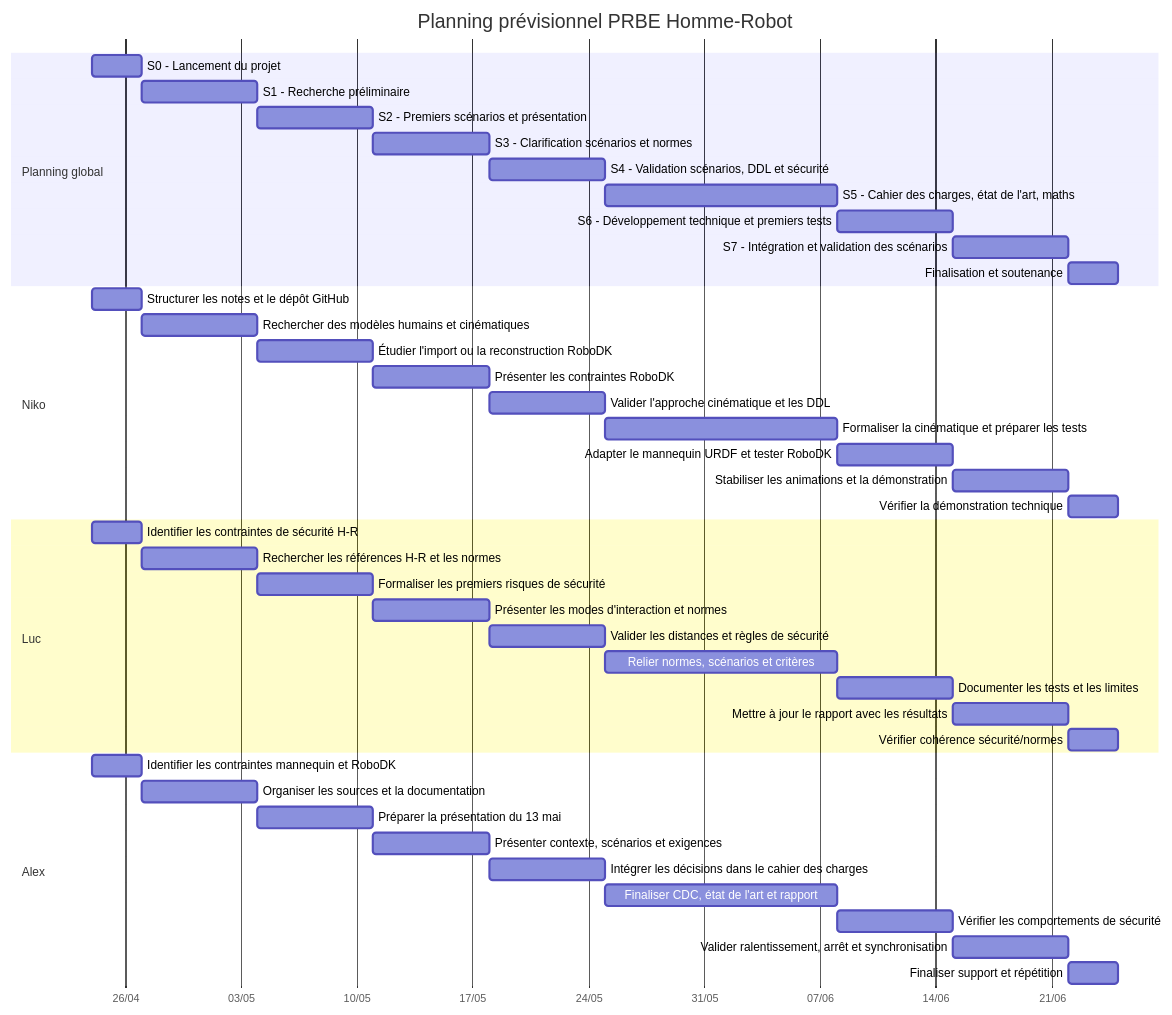
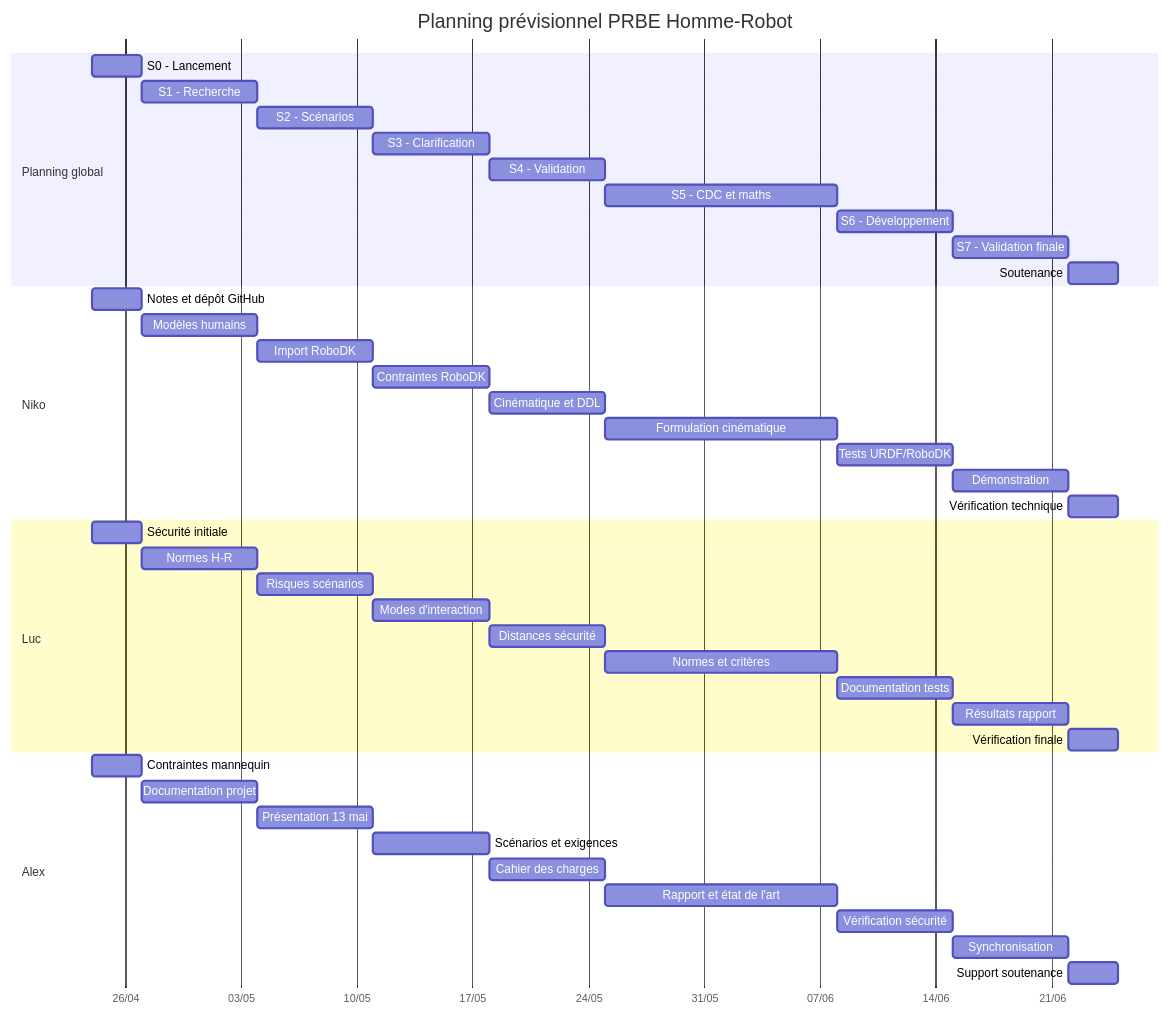
The diagram in docs/cahier-des-charges.md (ProjectInitNiko/PRBE-Homme-Robot), drawn with Mermaid before and after one commit.

Commit message:
Shorten Gantt labels

````diff
--- a/docs/cahier-des-charges.md
+++ b/docs/cahier-des-charges.md
@@ -227,50 +227,50 @@
 ```mermaid
 gantt
     title Planning prévisionnel PRBE Homme-Robot
     dateFormat  YYYY-MM-DD
     axisFormat  %d/%m
 
     section Planning global
-    S0 - Lancement du projet                         :s0, 2026-04-24, 3d
-    S1 - Recherche préliminaire                      :s1, 2026-04-27, 7d
-    S2 - Premiers scénarios et présentation          :s2, 2026-05-04, 7d
-    S3 - Clarification scénarios et normes           :s3, 2026-05-11, 7d
-    S4 - Validation scénarios, DDL et sécurité       :s4, 2026-05-18, 7d
-    S5 - Cahier des charges, état de l'art, maths    :s5, 2026-05-25, 14d
-    S6 - Développement technique et premiers tests   :s6, 2026-06-08, 7d
-    S7 - Intégration et validation des scénarios     :s7, 2026-06-15, 7d
-    Finalisation et soutenance                       :final, 2026-06-22, 3d
+    S0 - Lancement                  :s0, 2026-04-24, 3d
+    S1 - Recherche                  :s1, 2026-04-27, 7d
+    S2 - Scénarios                  :s2, 2026-05-04, 7d
+    S3 - Clarification              :s3, 2026-05-11, 7d
+    S4 - Validation                 :s4, 2026-05-18, 7d
+    S5 - CDC et maths               :s5, 2026-05-25, 14d
+    S6 - Développement              :s6, 2026-06-08, 7d
+    S7 - Validation finale          :s7, 2026-06-15, 7d
+    Soutenance                      :final, 2026-06-22, 3d
 
     section Niko
-    Structurer les notes et le dépôt GitHub          :n0, 2026-04-24, 3d
-    Rechercher des modèles humains et cinématiques   :n1, 2026-04-27, 7d
-    Étudier l'import ou la reconstruction RoboDK     :n2, 2026-05-04, 7d
-    Présenter les contraintes RoboDK                 :n3, 2026-05-11, 7d
-    Valider l'approche cinématique et les DDL        :n4, 2026-05-18, 7d
-    Formaliser la cinématique et préparer les tests  :n5, 2026-05-25, 14d
-    Adapter le mannequin URDF et tester RoboDK       :n6, 2026-06-08, 7d
-    Stabiliser les animations et la démonstration    :n7, 2026-06-15, 7d
-    Vérifier la démonstration technique              :n8, 2026-06-22, 3d
+    Notes et dépôt GitHub           :n0, 2026-04-24, 3d
+    Modèles humains                 :n1, 2026-04-27, 7d
+    Import RoboDK                   :n2, 2026-05-04, 7d
+    Contraintes RoboDK              :n3, 2026-05-11, 7d
+    Cinématique et DDL              :n4, 2026-05-18, 7d
+    Formulation cinématique         :n5, 2026-05-25, 14d
+    Tests URDF/RoboDK               :n6, 2026-06-08, 7d
+    Démonstration                   :n7, 2026-06-15, 7d
+    Vérification technique          :n8, 2026-06-22, 3d
 
     section Luc
-    Identifier les contraintes de sécurité H-R       :l0, 2026-04-24, 3d
-    Rechercher les références H-R et les normes      :l1, 2026-04-27, 7d
-    Formaliser les premiers risques de sécurité      :l2, 2026-05-04, 7d
-    Présenter les modes d'interaction et normes      :l3, 2026-05-11, 7d
-    Valider les distances et règles de sécurité      :l4, 2026-05-18, 7d
-    Relier normes, scénarios et critères             :l5, 2026-05-25, 14d
-    Documenter les tests et les limites              :l6, 2026-06-08, 7d
-    Mettre à jour le rapport avec les résultats      :l7, 2026-06-15, 7d
-    Vérifier cohérence sécurité/normes               :l8, 2026-06-22, 3d
+    Sécurité initiale               :l0, 2026-04-24, 3d
+    Normes H-R                      :l1, 2026-04-27, 7d
+    Risques scénarios               :l2, 2026-05-04, 7d
+    Modes d'interaction             :l3, 2026-05-11, 7d
+    Distances sécurité              :l4, 2026-05-18, 7d
+    Normes et critères              :l5, 2026-05-25, 14d
+    Documentation tests             :l6, 2026-06-08, 7d
+    Résultats rapport               :l7, 2026-06-15, 7d
+    Vérification finale             :l8, 2026-06-22, 3d
 
     section Alex
-    Identifier les contraintes mannequin et RoboDK   :a0, 2026-04-24, 3d
-    Organiser les sources et la documentation        :a1, 2026-04-27, 7d
-    Préparer la présentation du 13 mai               :a2, 2026-05-04, 7d
-    Présenter contexte, scénarios et exigences       :a3, 2026-05-11, 7d
-    Intégrer les décisions dans le cahier des charges :a4, 2026-05-18, 7d
-    Finaliser CDC, état de l'art et rapport          :a5, 2026-05-25, 14d
-    Vérifier les comportements de sécurité           :a6, 2026-06-08, 7d
-    Valider ralentissement, arrêt et synchronisation :a7, 2026-06-15, 7d
-    Finaliser support et répétition                  :a8, 2026-06-22, 3d
+    Contraintes mannequin           :a0, 2026-04-24, 3d
+    Documentation projet            :a1, 2026-04-27, 7d
+    Présentation 13 mai             :a2, 2026-05-04, 7d
+    Scénarios et exigences          :a3, 2026-05-11, 7d
+    Cahier des charges              :a4, 2026-05-18, 7d
+    Rapport et état de l'art        :a5, 2026-05-25, 14d
+    Vérification sécurité           :a6, 2026-06-08, 7d
+    Synchronisation                 :a7, 2026-06-15, 7d
+    Support soutenance              :a8, 2026-06-22, 3d
 ```
````
